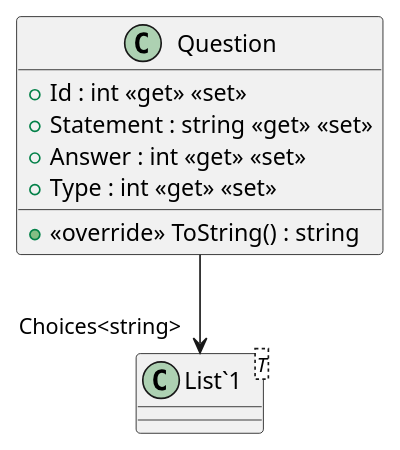
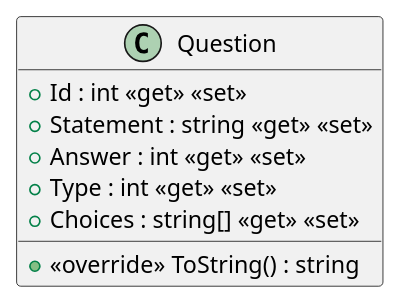
Before and after one commit to dinaelmasry666/ITI-Examination-System: the diagram in Examination System UML/plantuml/Examination System UML/Question.puml, drawn with PlantUML. The commit also changed 18 other files, not shown here.

Commit message:
fixed some issues and implemented PlantUML class diagram

```diff
--- a/Examination System UML/plantuml/Examination System UML/Question.puml
+++ b/Examination System UML/plantuml/Examination System UML/Question.puml
@@ -1,12 +1,11 @@
 @startuml
 class Question {
     + Id : int <<get>> <<set>>
     + Statement : string <<get>> <<set>>
     + Answer : int <<get>> <<set>>
     + Type : int <<get>> <<set>>
+    + Choices : string[] <<get>> <<set>>
     + <<override>> ToString() : string
 }
-class "List`1"<T> {
-}
-Question --> "Choices<string>" "List`1"
+
 @enduml
```
